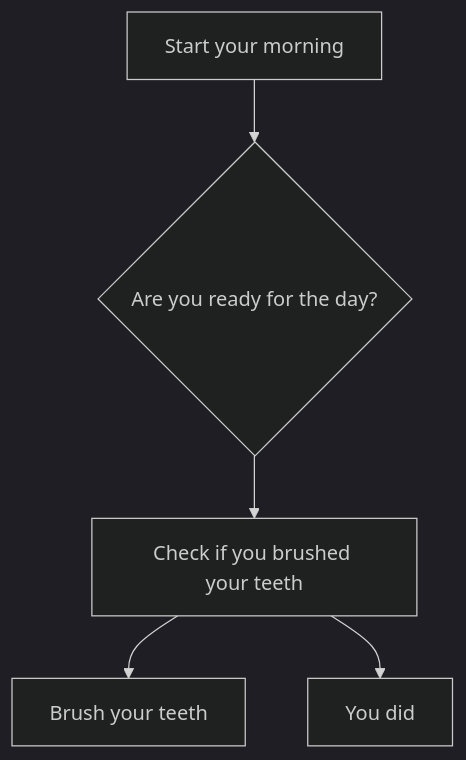
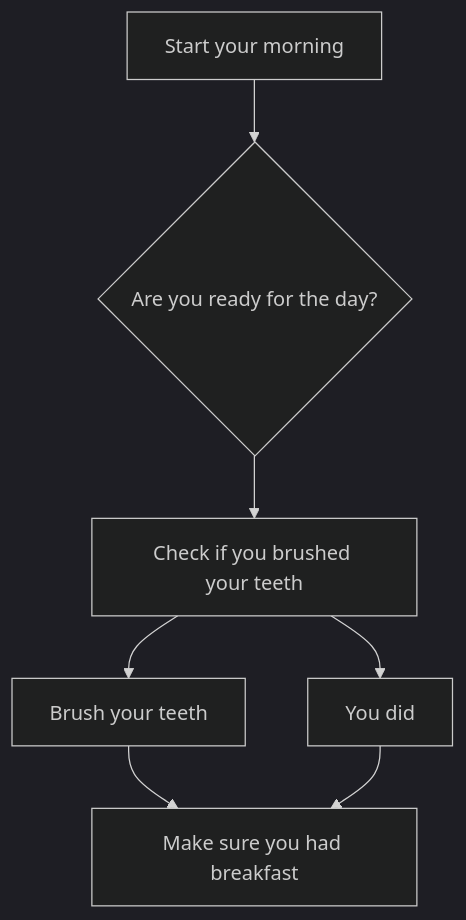
The diagram in Diagram.md (Edward3785/Edward3785.github.io), drawn with Mermaid (dark theme) before and after one commit.

Commit message:
Connect to F

````diff
--- a/Diagram.md
+++ b/Diagram.md
@@ -3,11 +3,15 @@
 ```mermaid
  flowchart TD;
      A[Start your morning]-->B{Are you ready for the day?};
      B --> C[Check if you brushed your teeth]
      C --> D[Brush your teeth]
      C --> E[You did]
+     D --> F[Make sure you had breakfast]
+     E --> F
+
+     
      
     
     
 
 ```
````
